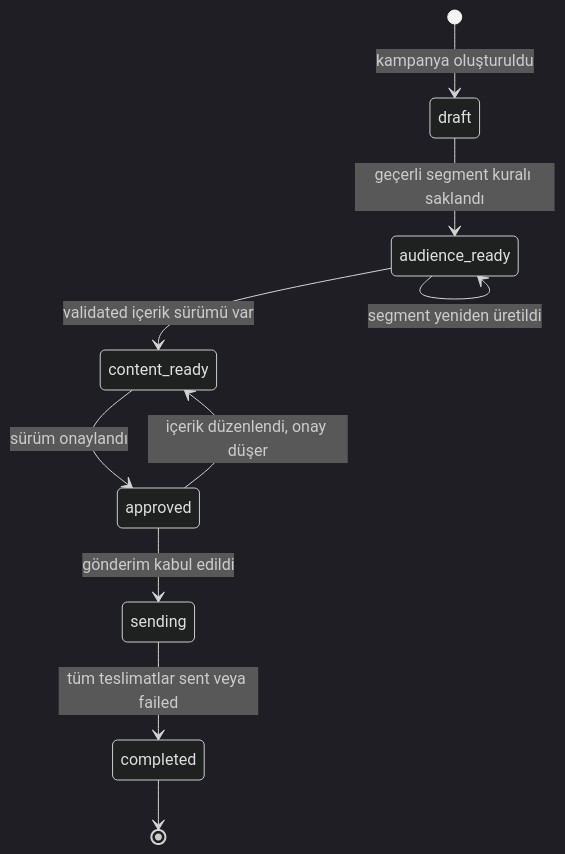
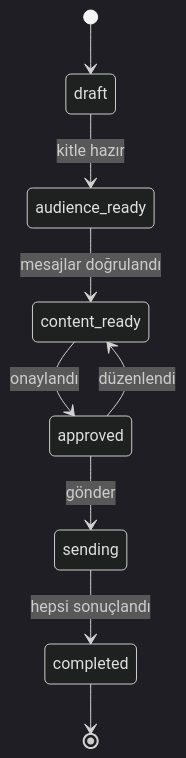
One commit to gulcint/smart-campaign-composer changed the second of 3 diagrams in README.md. Above: the diagram before and after it, drawn with Mermaid (dark theme). The commit also changed other lines of this file, not shown here.

First line of the commit message:
docs(docs): rewrite the README as a product and architecture guide

````diff
--- a/README.md
+++ b/README.md
@@ -121,12 +48,11 @@
 ```mermaid
 stateDiagram-v2
-  [*] --> draft: kampanya oluşturuldu
-  draft --> audience_ready: geçerli segment kuralı saklandı
-  audience_ready --> audience_ready: segment yeniden üretildi
-  audience_ready --> content_ready: validated içerik sürümü var
-  content_ready --> approved: sürüm onaylandı
-  approved --> content_ready: içerik düzenlendi, onay düşer
-  approved --> sending: gönderim kabul edildi
-  sending --> completed: tüm teslimatlar sent veya failed
+  [*] --> draft
+  draft --> audience_ready: kitle hazır
+  audience_ready --> content_ready: mesajlar doğrulandı
+  content_ready --> approved: onaylandı
+  approved --> content_ready: düzenlendi
+  approved --> sending: gönder
+  sending --> completed: hepsi sonuçlandı
   completed --> [*]
 ```
````
